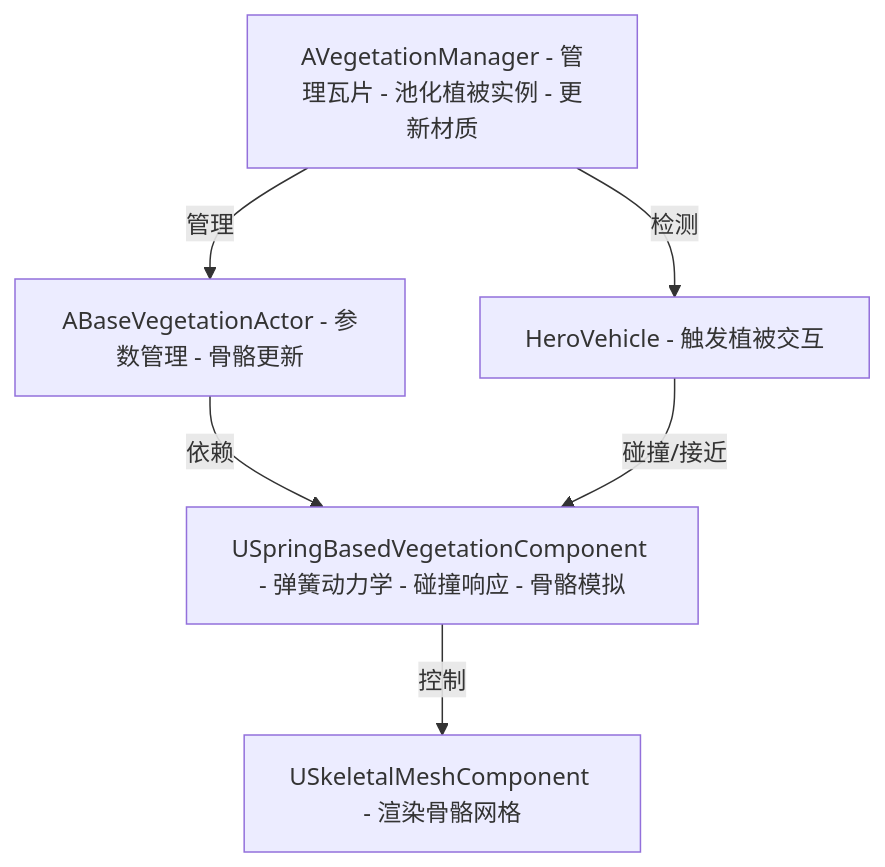
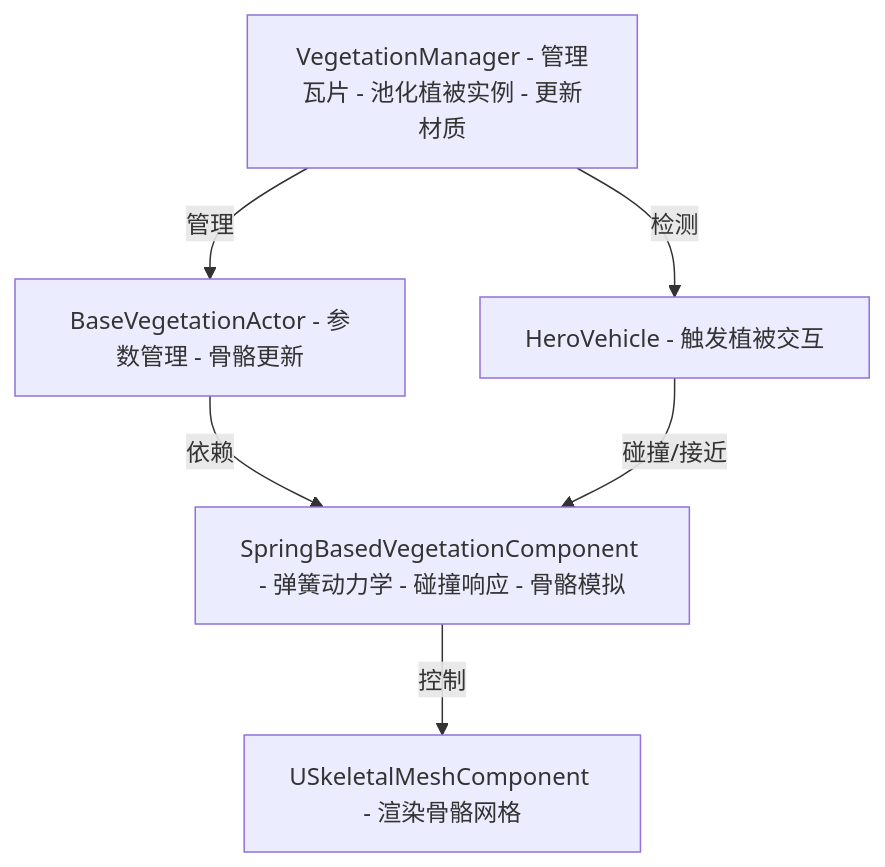
Before and after one commit to zmmmm416/carla_doc: the diagram in docs/modules/Vegetation.md, drawn with Mermaid. The commit also changed other lines of this file, not shown here.

````diff
--- a/docs/modules/Vegetation.md
+++ b/docs/modules/Vegetation.md
@@ -37,14 +37,14 @@
 ```mermaid
 flowchart TD
-    VegetationManager["AVegetationManager - 管理瓦片 - 池化植被实例 - 更新材质"]
-    BaseVegetationActor["ABaseVegetationActor - 参数管理 - 骨骼更新"]
-    SpringComponent["USpringBasedVegetationComponent - 弹簧动力学 - 碰撞响应 - 骨骼模拟"]
+    VegetationManager["VegetationManager - 管理瓦片 - 池化植被实例 - 更新材质"]
+    BaseVegetationActor["BaseVegetationActor - 参数管理 - 骨骼更新"]
+    SpringComponent["SpringBasedVegetationComponent - 弹簧动力学 - 碰撞响应 - 骨骼模拟"]
     SkeletalMesh["USkeletalMeshComponent - 渲染骨骼网格"]
     HeroVehicle["HeroVehicle - 触发植被交互"]
 
     VegetationManager -->|管理| BaseVegetationActor
     BaseVegetationActor -->|依赖| SpringComponent
     SpringComponent -->|控制| SkeletalMesh
     HeroVehicle -->|碰撞/接近| SpringComponent
     VegetationManager -->|检测| HeroVehicle
 ```
````
